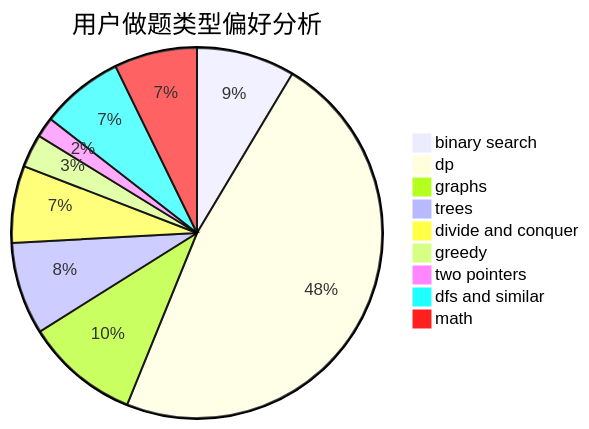
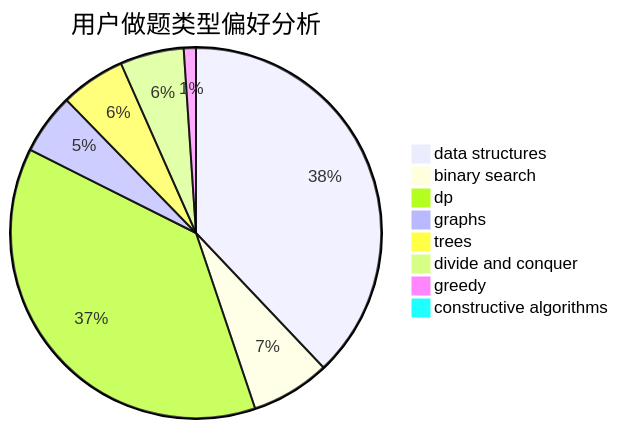
The second of 3 diagrams in docs/user/u355.md (sherpahu/cfrs.github.io), drawn with Mermaid before and after one commit. The commit also changed other lines of this file and 2775 other files, not shown here.

````diff
--- a/docs/user/u355.md
+++ b/docs/user/u355.md
@@ -23,12 +23,11 @@
 ```mermaid
 pie title 用户做题类型偏好分析
-    "binary search" :  83
-    "dp" :  460
-    "graphs" :  96
-    "trees" :  78
-    "divide and conquer" :  65
-    "greedy" :  28
-    "two pointers" :  17
-    "dfs and similar" :  70
-    "math" :  70
+    "data structures" :  429
+    "binary search" :  78
+    "dp" :  425
+    "graphs" :  60
+    "trees" :  64
+    "divide and conquer" :  63
+    "greedy" :  12
+    "constructive algorithms" :  8
 ```
````
